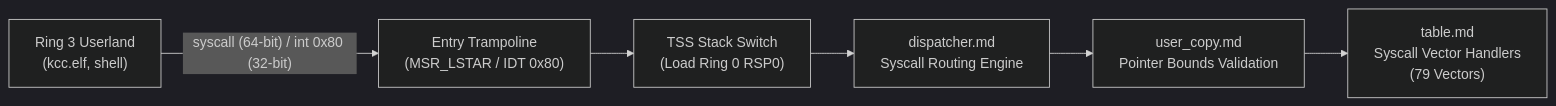
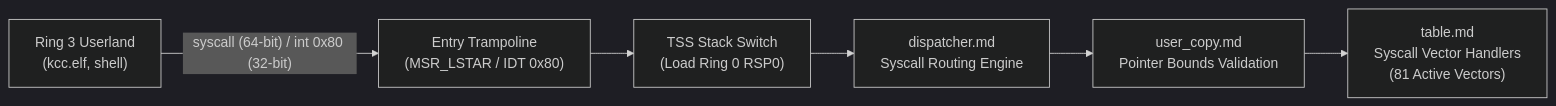
One commit to mrvlous/keira changed the diagram in docs/syscall/README.md. Above: the diagram before and after it, drawn with Mermaid (dark theme). The commit also changed 12 other files, not shown here.

Commit message:
docs: synchronize system documentation, architecture runbooks and style standards

````diff
--- a/docs/syscall/README.md
+++ b/docs/syscall/README.md
@@ -11,8 +11,8 @@
 ```mermaid
 graph LR
     User["Ring 3 Userland<br/>(kcc.elf, shell)"] -->|"syscall (64-bit) / int 0x80 (32-bit)"| Entry["Entry Trampoline<br/>(MSR_LSTAR / IDT 0x80)"]
     Entry --> TSS["TSS Stack Switch<br/>(Load Ring 0 RSP0)"]
     TSS --> Dispatch["dispatcher.md<br/>Syscall Routing Engine"]
     Dispatch --> Valid["user_copy.md<br/>Pointer Bounds Validation"]
-    Valid --> Table["table.md<br/>Syscall Vector Handlers<br/>(79 Vectors)"]
+    Valid --> Table["table.md<br/>Syscall Vector Handlers<br/>(81 Active Vectors)"]
 ```
````
